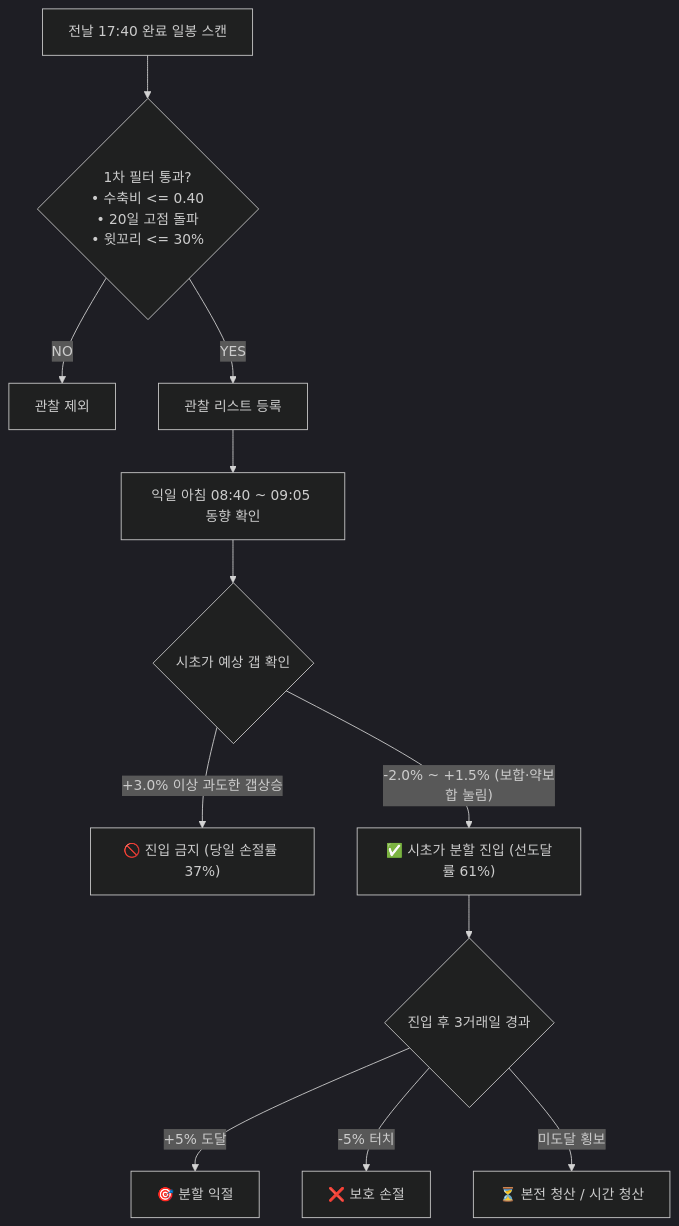
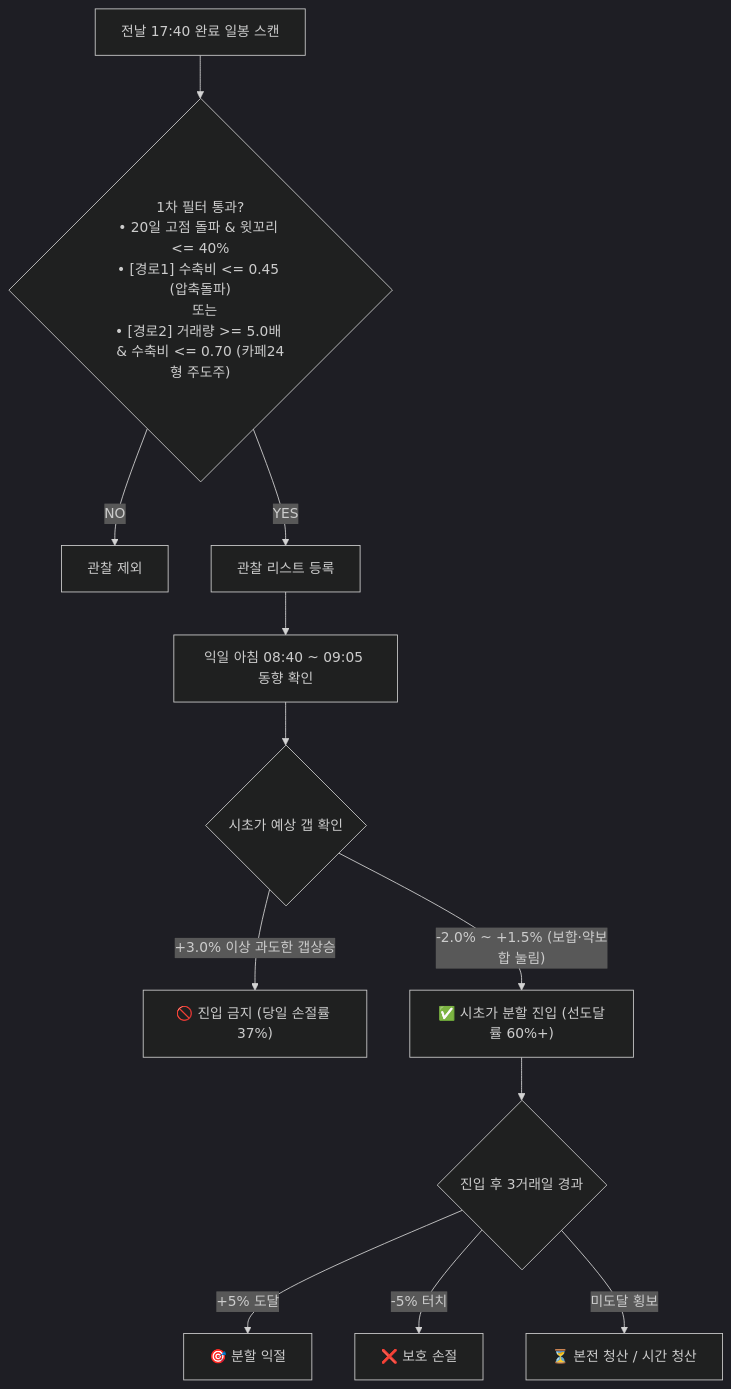
The diagram in README.md (leobox/YNYM), drawn with Mermaid (dark theme) before and after one commit. The commit also changed other lines of this file and 4 other files, not shown here.

````diff
--- a/README.md
+++ b/README.md
@@ -97,14 +99,14 @@
 ```mermaid
 flowchart TD
-    A["전날 17:40 완료 일봉 스캔"] --> B{"1차 필터 통과?<br>• 수축비 <= 0.40<br>• 20일 고점 돌파<br>• 윗꼬리 <= 30%"}
+    A["전날 17:40 완료 일봉 스캔"] --> B{"1차 필터 통과?<br>• 20일 고점 돌파 & 윗꼬리 <= 40%<br>• [경로1] 수축비 <= 0.45 (압축돌파)<br>  또는<br>• [경로2] 거래량 >= 5.0배 & 수축비 <= 0.70 (카페24형 주도주)"}
     B -- NO --> C["관찰 제외"]
     B -- YES --> D["관찰 리스트 등록"]
     D --> E["익일 아침 08:40 ~ 09:05 동향 확인"]
     E --> F{"시초가 예상 갭 확인"}
     F -- "+3.0% 이상 과도한 갭상승" --> G["🚫 진입 금지 (당일 손절률 37%)"]
-    F -- "-2.0% ~ +1.5% (보합·약보합 눌림)" --> H["✅ 시초가 분할 진입 (선도달률 61%)"]
+    F -- "-2.0% ~ +1.5% (보합·약보합 눌림)" --> H["✅ 시초가 분할 진입 (선도달률 60%+)"]
     H --> I{"진입 후 3거래일 경과"}
     I -- "+5% 도달" --> J["🎯 분할 익절"]
     I -- "-5% 터치" --> K["❌ 보호 손절"]
     I -- "미도달 횡보" --> L["⏳ 본전 청산 / 시간 청산"]
 ```
````
